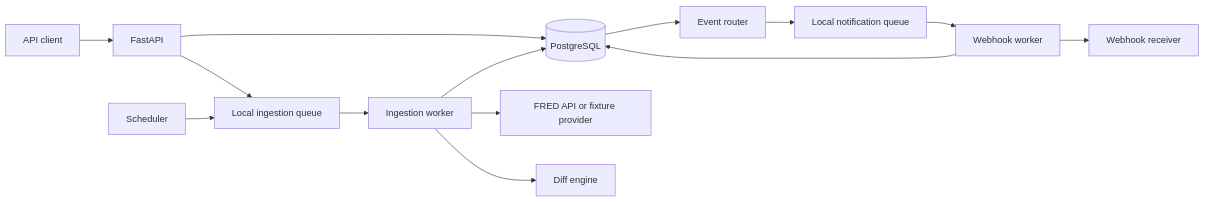
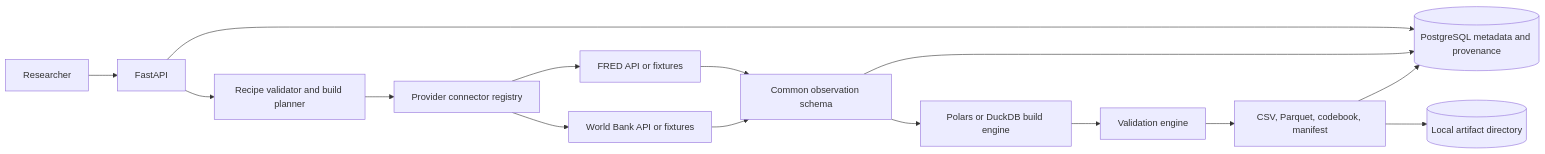
The first of 3 diagrams in docs/SYSTEM_DESIGN.md (atharvanaik06/economic-release-tracker), drawn with Mermaid before and after one commit. The commit also changed other lines of this file and 5 other files, not shown here.

````diff
--- a/docs/SYSTEM_DESIGN.md
+++ b/docs/SYSTEM_DESIGN.md
@@ -191,18 +194,17 @@
 ```mermaid
 flowchart LR
-    Client[API client] --> API[FastAPI]
-    API --> DB[(PostgreSQL)]
-    API --> IQ[Local ingestion queue]
-
-    Scheduler[Scheduler] --> IQ
-    IQ --> IW[Ingestion worker]
-    IW --> FRED[FRED API or fixture provider]
-    IW --> Diff[Diff engine]
-    IW --> DB
-
-    DB --> Router[Event router]
-    Router --> NQ[Local notification queue]
-    NQ --> NW[Webhook worker]
-    NW --> Receiver[Webhook receiver]
-    NW --> DB
+    User[Researcher] --> API[FastAPI]
+    API --> DB[(PostgreSQL metadata and provenance)]
+    API --> Planner[Recipe validator and build planner]
+    Planner --> Registry[Provider connector registry]
+    Registry --> FRED[FRED API or fixtures]
+    Registry --> WB[World Bank API or fixtures]
+    FRED --> Normalize[Common observation schema]
+    WB --> Normalize
+    Normalize --> DB
+    Normalize --> Engine[Polars or DuckDB build engine]
+    Engine --> Validate[Validation engine]
+    Validate --> Export[CSV, Parquet, codebook, manifest]
+    Export --> Files[(Local artifact directory)]
+    Export --> DB
 ```
````
